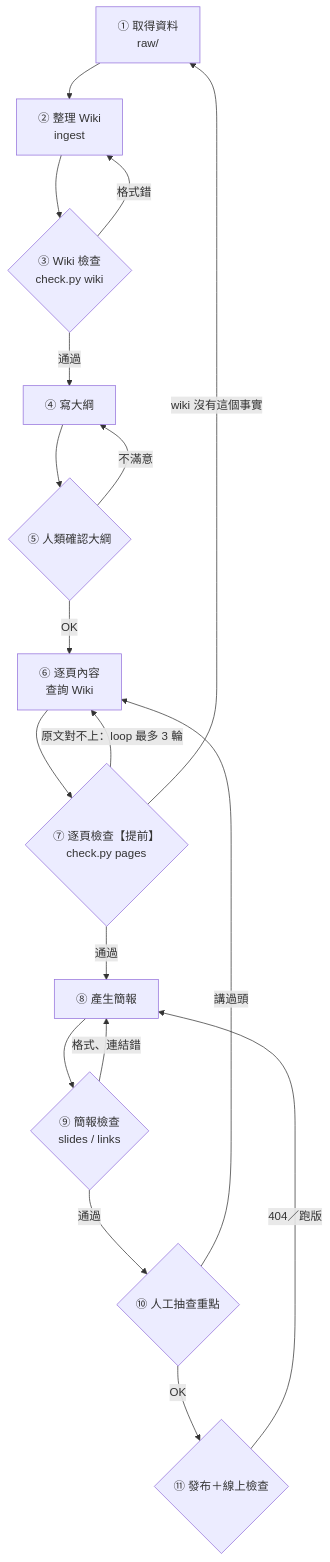
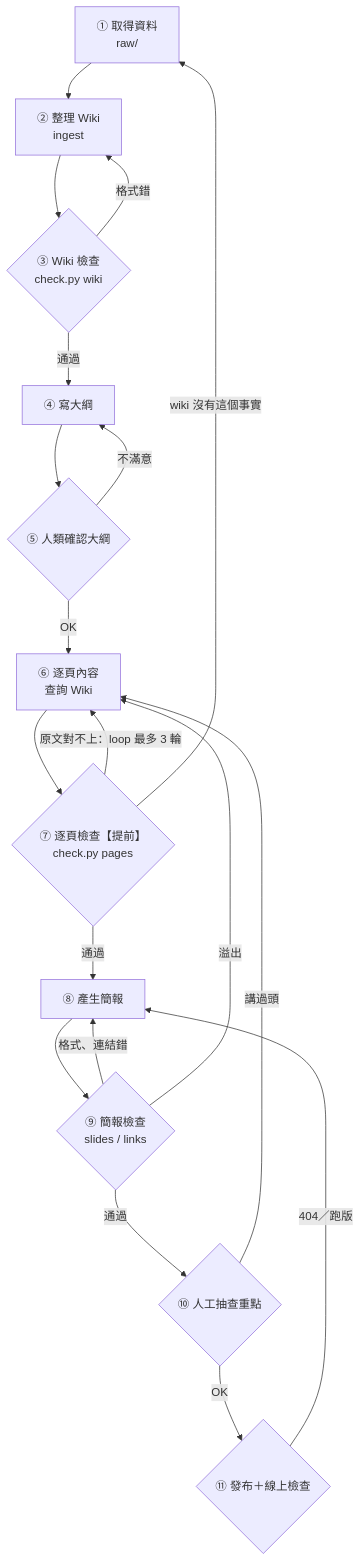
One commit to b123090032-lab/llm-wiki-diffusion changed the diagram in docs/workflow.md. Above: the diagram before and after it, drawn with Mermaid. The commit also changed other lines of this file and 19 other files, not shown here.

````diff
--- a/docs/workflow.md
+++ b/docs/workflow.md
@@ -12,20 +12,21 @@
 ```mermaid
 flowchart TD
   A[① 取得資料<br>raw/] --> B[② 整理 Wiki<br>ingest]
   B --> C{③ Wiki 檢查<br>check.py wiki}
   C -- 格式錯 --> B
   C -- 通過 --> D[④ 寫大綱]
   D --> E{⑤ 人類確認大綱}
   E -- 不滿意 --> D
   E -- OK --> F[⑥ 逐頁內容<br>查詢 Wiki]
   F --> G{⑦ 逐頁檢查【提前】<br>check.py pages}
   G -- 原文對不上：loop 最多 3 輪 --> F
   G -- wiki 沒有這個事實 --> A
   G -- 通過 --> H[⑧ 產生簡報]
   H --> I{⑨ 簡報檢查<br>slides / links}
   I -- 格式、連結錯 --> H
+  I -- 溢出 --> F
   I -- 通過 --> J{⑩ 人工抽查重點}
   J -- 講過頭 --> F
   J -- OK --> K{⑪ 發布＋線上檢查}
   K -- 404／跑版 --> H
 ```
````
